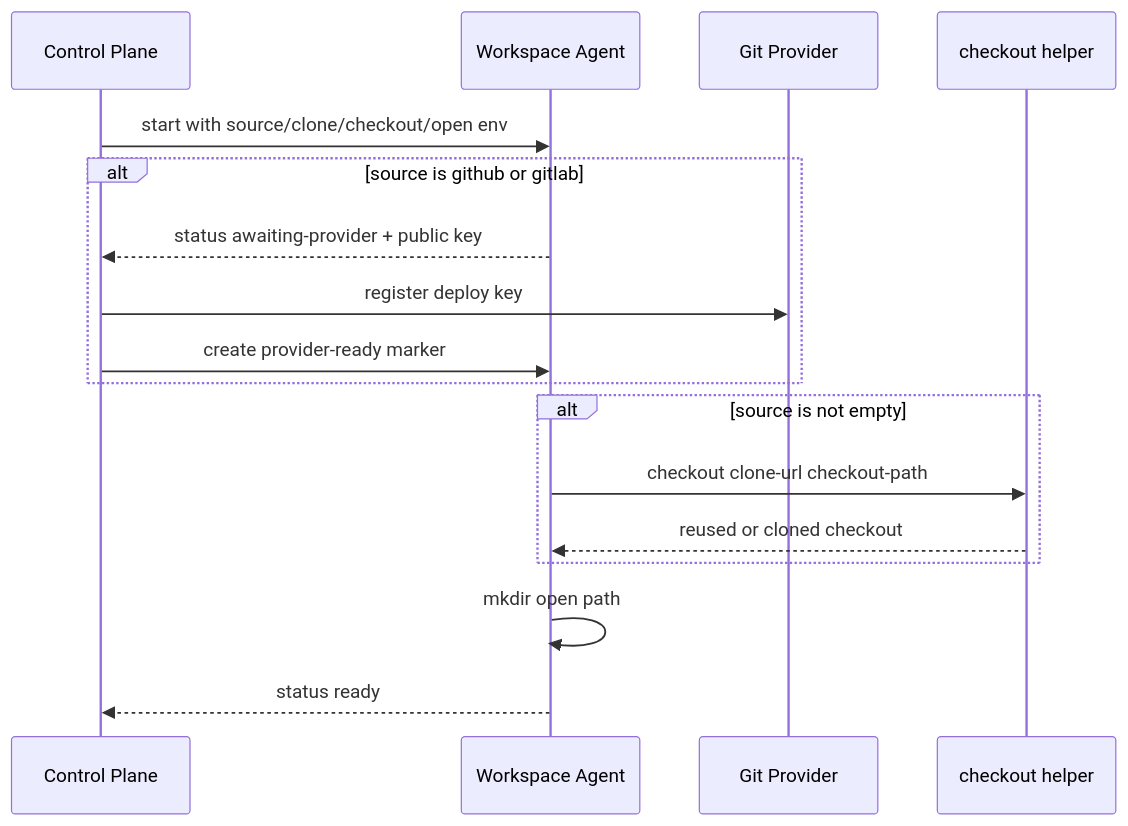
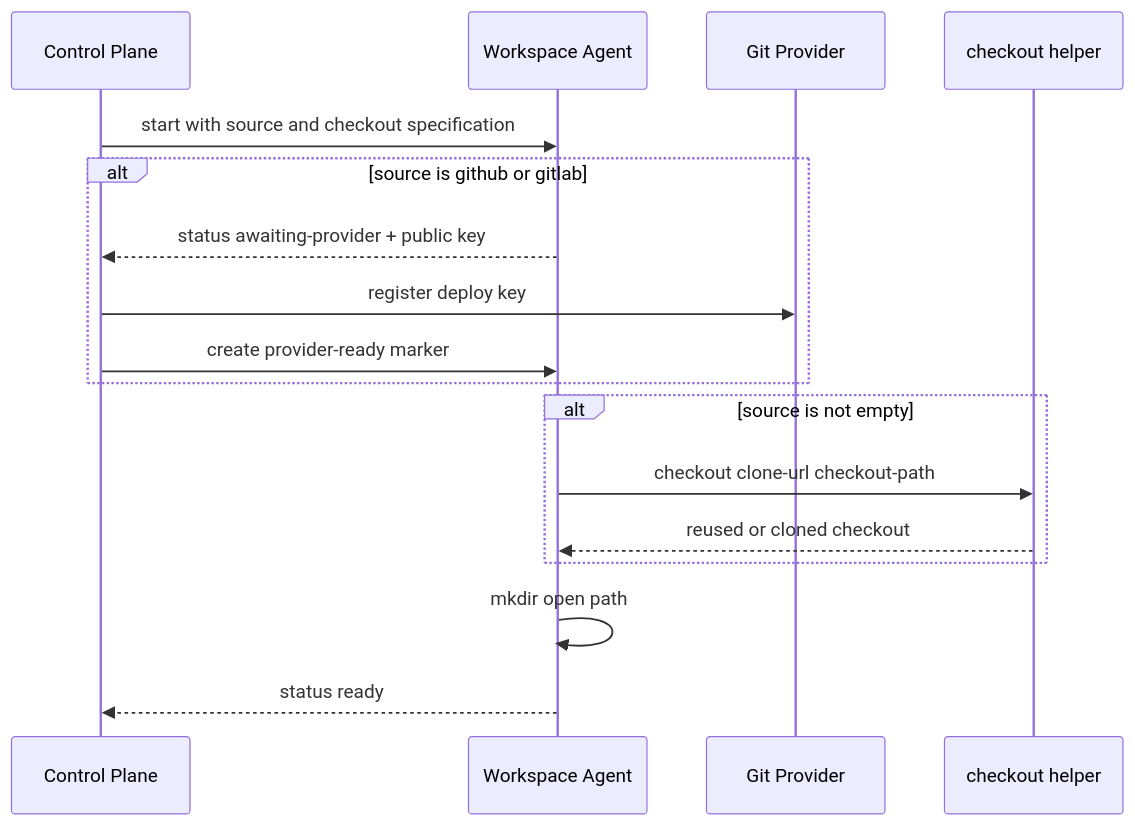
One commit to curoky/codespace changed the third of 3 diagrams in platform/container/workspace/DESIGN.md. Above: the diagram before and after it, drawn with Mermaid. The commit also changed other lines of this file and 43 other files, not shown here.

````diff
--- a/platform/container/workspace/DESIGN.md
+++ b/platform/container/workspace/DESIGN.md
@@ -61,20 +53,20 @@
 ```mermaid
 sequenceDiagram
     participant CP as Control Plane
     participant Agent as Workspace Agent
     participant Provider as Git Provider
     participant Git as checkout helper
 
-    CP->>Agent: start with source/clone/checkout/open env
+    CP->>Agent: start with source and checkout specification
     alt source is github or gitlab
         Agent-->>CP: status awaiting-provider + public key
         CP->>Provider: register deploy key
         CP->>Agent: create provider-ready marker
     end
     alt source is not empty
         Agent->>Git: checkout clone-url checkout-path
         Git-->>Agent: reused or cloned checkout
     end
     Agent->>Agent: mkdir open path
     Agent-->>CP: status ready
 ```
````
